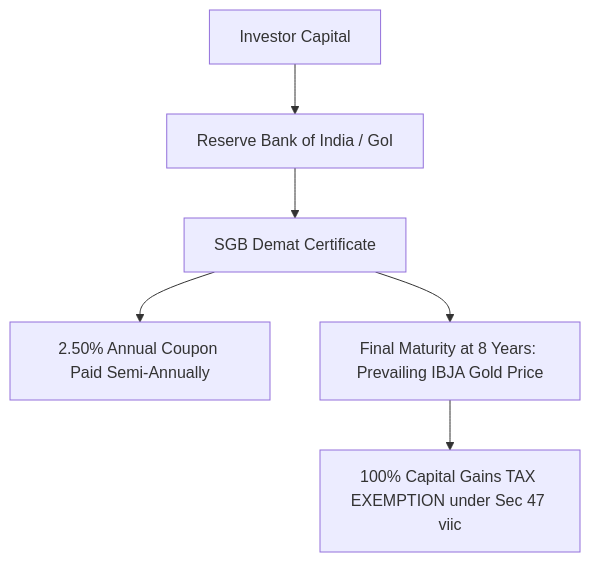
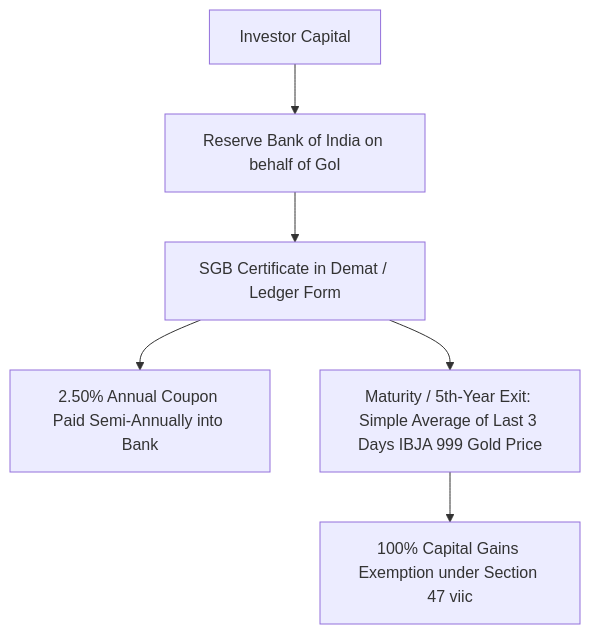
Before and after one commit to chirag127/artha-atlas-assets: the first of 2 diagrams in src/content/articles/sovereign-gold-bonds-definitive-guide.mdx, drawn with Mermaid. The commit also changed other lines of this file and 2 other files, not shown here.

````diff
--- a/src/content/articles/sovereign-gold-bonds-definitive-guide.mdx
+++ b/src/content/articles/sovereign-gold-bonds-definitive-guide.mdx
@@ -32,8 +31,8 @@
 ```mermaid
 graph TD
-    Investor[Investor Capital] --> RBI[Reserve Bank of India / GoI]
-    RBI --> Bond[SGB Demat Certificate]
-    Bond --> SemiAnnual[2.50% Annual Coupon Paid Semi-Annually]
-    Bond --> Redemption[Final Maturity at 8 Years: Prevailing IBJA Gold Price]
-    Redemption --> TaxFree[100% Capital Gains TAX EXEMPTION under Sec 47 viic]
+    Investor[Investor Capital] --> RBI[Reserve Bank of India on behalf of GoI]
+    RBI --> Bond[SGB Certificate in Demat / Ledger Form]
+    Bond --> SemiAnnual[2.50% Annual Coupon Paid Semi-Annually into Bank]
+    Bond --> Redemption[Maturity / 5th-Year Exit: Simple Average of Last 3 Days IBJA 999 Gold Price]
+    Redemption --> TaxFree[100% Capital Gains Exemption under Section 47 viic]
 ```
````
